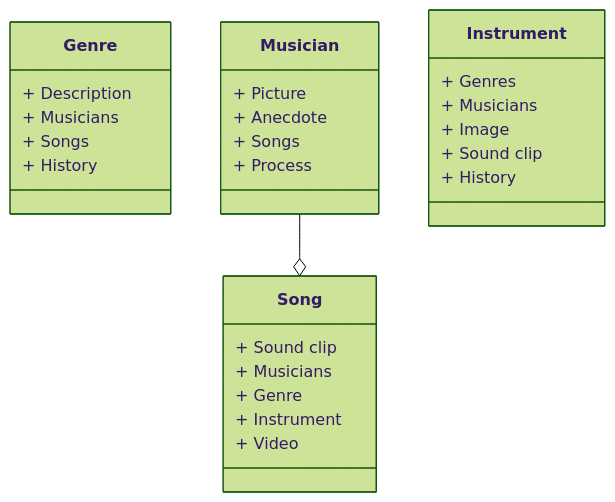
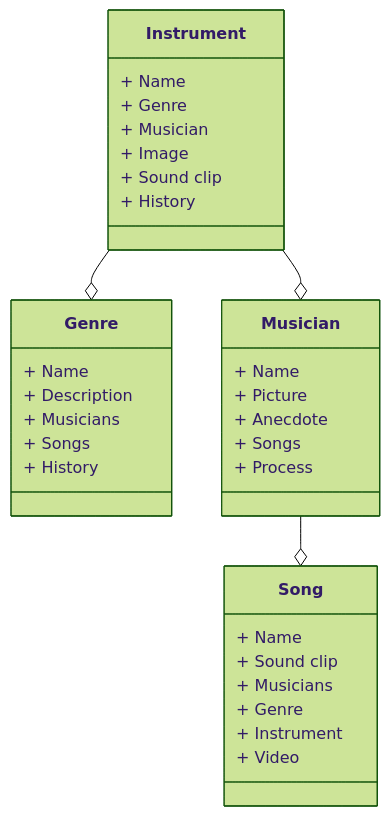
The first of 2 diagrams in README.md (travis-kuenzi/Mongo-Driven-Website-Term-Project), drawn with Mermaid (forest theme) before and after one commit.

````diff
--- a/README.md
+++ b/README.md
@@ -11,35 +11,41 @@
 ```mermaid
 classDiagram 
     class Genre {
+      + Name
       + Description
       + Musicians
       + Songs
       + History
     }
 
     class Musician {
+      + Name
       + Picture
       + Anecdote
       + Songs
       + Process
     }
 
     class Song {
+      + Name
       + Sound clip
       + Musicians
       + Genre
       + Instrument
       + Video
     }
 
     class Instrument {
-      + Genres
-      + Musicians
+      + Name
+      + Genre
+      + Musician
       + Image
       + Sound clip
       + History
     }
 
     %%Links between entities - don't worry too much about details
     Musician --o Song
+    Instrument --o Genre
+    Instrument --o Musician
 ```
````
